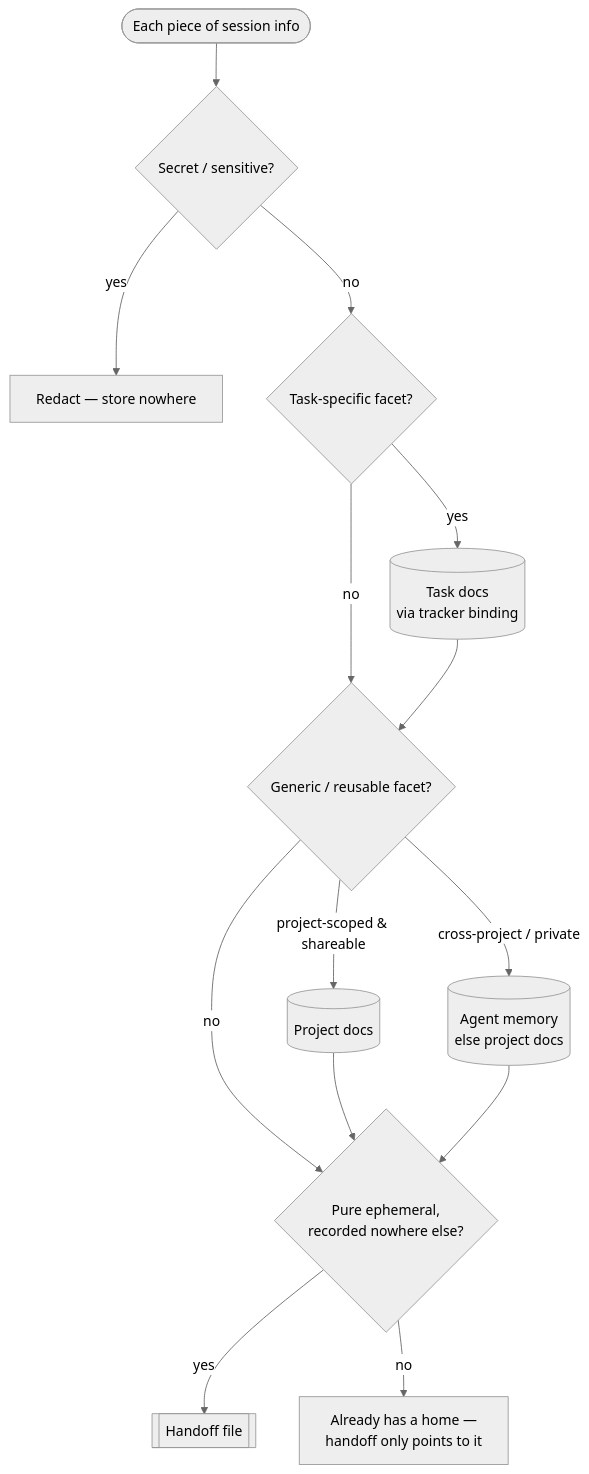
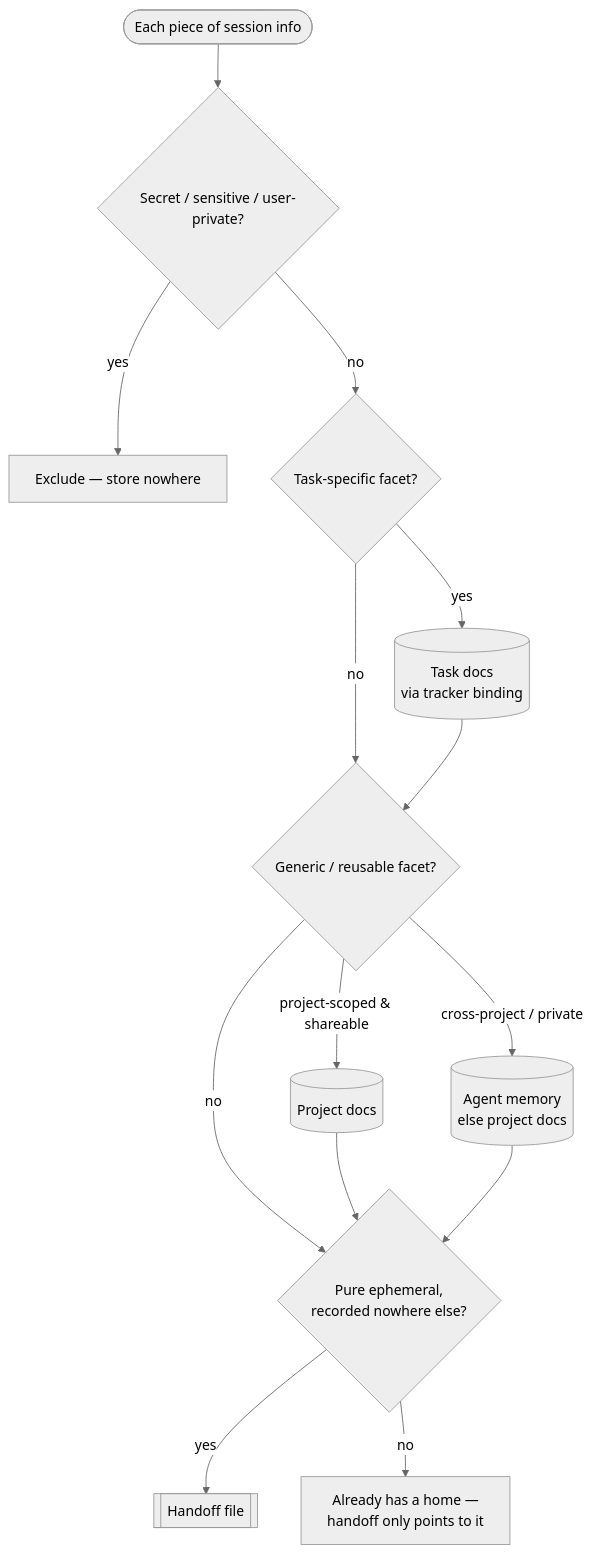
Before and after one commit to uchimata2/handoff-skill: the first of 2 diagrams in README.md, drawn with Mermaid (neutral theme). The commit also changed 5 other files, not shown here.

````diff
--- a/README.md
+++ b/README.md
@@ -75,16 +75,16 @@
 ```mermaid
 flowchart TD
-  start(["Each piece of session info"]) --> q1{"Secret / sensitive?"}
-  q1 -- yes --> drop["Redact — store nowhere"]
+  start(["Each piece of session info"]) --> q1{"Secret / sensitive / user-private?"}
+  q1 -- yes --> drop["Exclude — store nowhere"]
   q1 -- no --> q2{"Task-specific facet?"}
   q2 -- yes --> td[("Task docs<br/>via tracker binding")]
   q2 -- no --> q3{"Generic / reusable facet?"}
   td --> q3
   q3 -- "project-scoped & shareable" --> pd[("Project docs")]
   q3 -- "cross-project / private" --> mem[("Agent memory<br/>else project docs")]
   q3 -- no --> q4{"Pure ephemeral,<br/>recorded nowhere else?"}
   pd --> q4
   mem --> q4
   q4 -- yes --> ho[["Handoff file"]]
   q4 -- no --> pt["Already has a home —<br/>handoff only points to it"]
 ```
````
